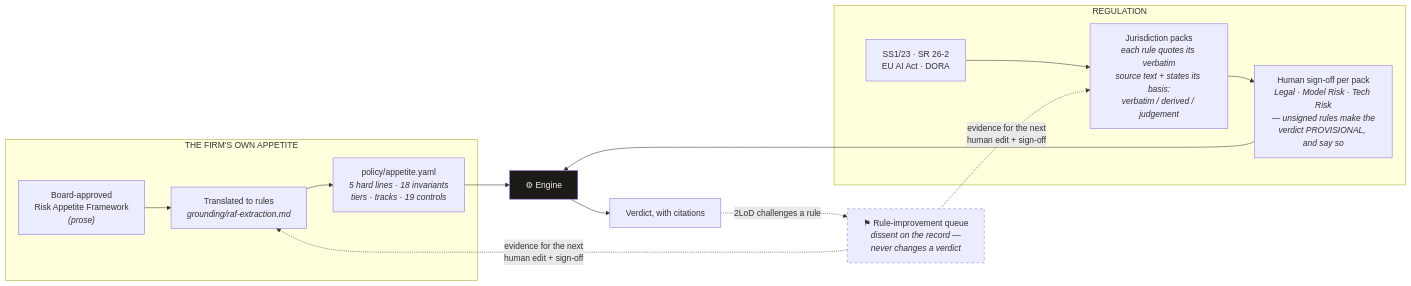
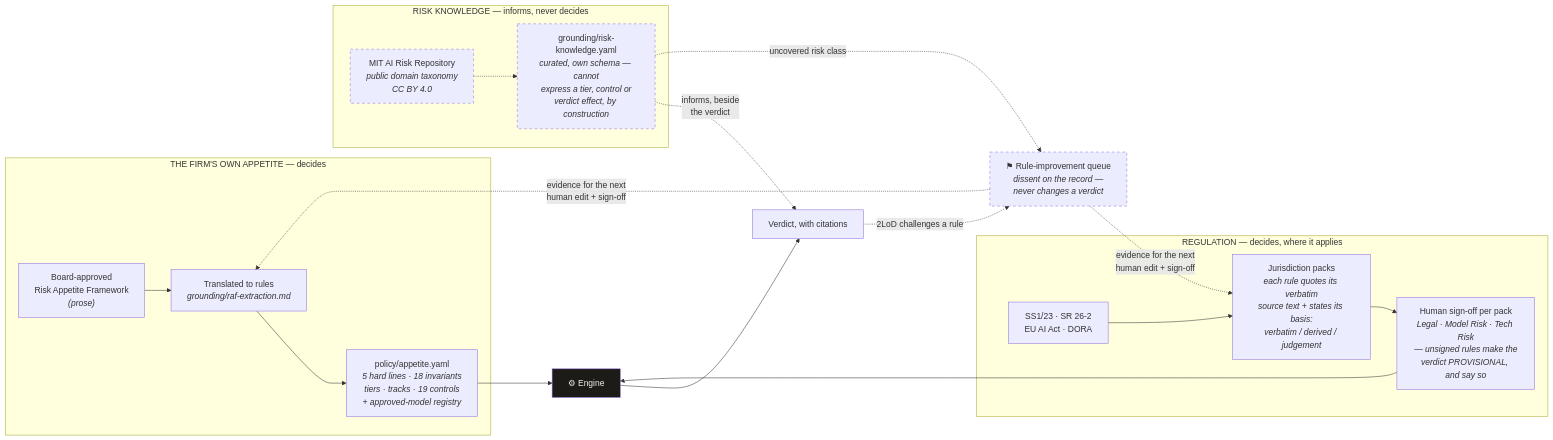
Before and after one commit to oza977-max/ai-raf-precheck: the second of 2 diagrams in README.md, drawn with Mermaid. The commit also changed other lines of this file and 46 other files, not shown here.

First line of the commit message:
feat: the third lever — model governance and risk-knowledge advisory [v0.13.0]

````diff
--- a/README.md
+++ b/README.md
@@ -112,23 +115,31 @@
 ```mermaid
 flowchart LR
-    subgraph firm["THE FIRM'S OWN APPETITE"]
+    subgraph firm["THE FIRM'S OWN APPETITE — decides"]
         RAF["Board-approved<br/>Risk Appetite Framework<br/><i>(prose)</i>"] --> EX["Translated to rules<br/><i>grounding/raf-extraction.md</i>"]
-        EX --> POL["policy/appetite.yaml<br/><i>5 hard lines · 18 invariants<br/>tiers · tracks · 19 controls</i>"]
+        EX --> POL["policy/appetite.yaml<br/><i>5 hard lines · 18 invariants<br/>tiers · tracks · 19 controls<br/>+ approved-model registry</i>"]
     end
 
-    subgraph reg["REGULATION"]
+    subgraph reg["REGULATION — decides, where it applies"]
         LAW["SS1/23 · SR 26-2<br/>EU AI Act · DORA"] --> PACK["Jurisdiction packs<br/><i>each rule quotes its verbatim<br/>source text + states its basis:<br/>verbatim / derived / judgement</i>"]
         PACK --> SIGN["Human sign-off per pack<br/><i>Legal · Model Risk · Tech Risk<br/>— unsigned rules make the<br/>verdict PROVISIONAL, and say so</i>"]
     end
 
     POL --> ENGINE["⚙ Engine"]
     SIGN --> ENGINE
     ENGINE --> V["Verdict, with citations"]
 
     V -.->|"2LoD challenges a rule"| Q["⚑ Rule-improvement queue<br/><i>dissent on the record —<br/>never changes a verdict</i>"]
     Q -.->|"evidence for the next<br/>human edit + sign-off"| EX
     Q -.->|"evidence for the next<br/>human edit + sign-off"| PACK
 
+    subgraph know["RISK KNOWLEDGE — informs, never decides"]
+        MIT["MIT AI Risk Repository<br/><i>public domain taxonomy<br/>CC BY 4.0</i>"] -.-> LENS["grounding/risk-knowledge.yaml<br/><i>curated, own schema — cannot<br/>express a tier, control or<br/>verdict effect, by construction</i>"]
+    end
+    LENS -.->|"informs, beside<br/>the verdict"| V
+    LENS -.->|"uncovered risk class"| Q
+
     style ENGINE fill:#1c1b18,color:#f3f0e8
     style Q stroke-dasharray: 5 5
+    style LENS stroke-dasharray: 5 5
+    style MIT stroke-dasharray: 5 5
 ```
````
